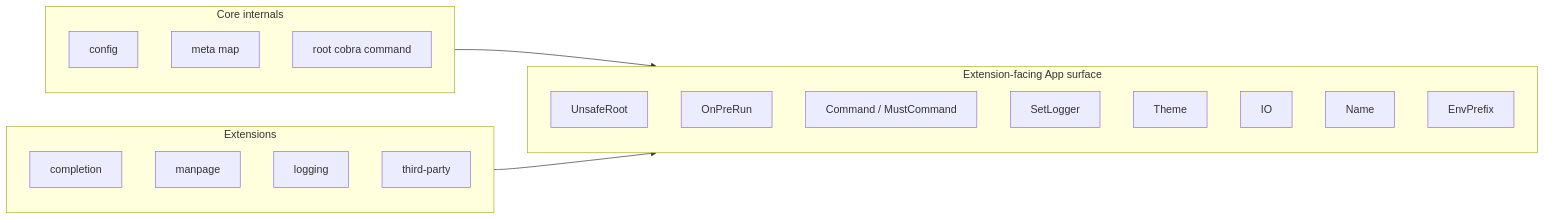
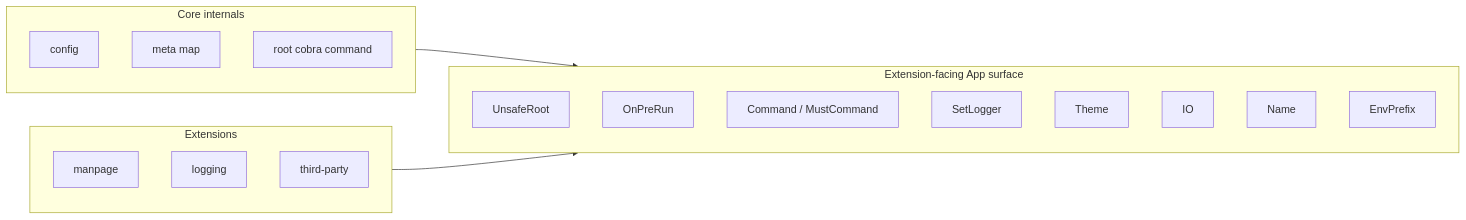
Before and after one commit to nabat-dev/nabat: the diagram in docs/architecture.md, drawn with Mermaid. The commit also changed other lines of this file and 11 other files, not shown here.

````diff
--- a/docs/architecture.md
+++ b/docs/architecture.md
@@ -111,26 +112,25 @@
 ```mermaid
 flowchart LR
     subgraph coreInternals [Core internals]
         cfg[config]
         metaMap[meta map]
         rootCmd[root cobra command]
     end
     subgraph appSurface [Extension-facing App surface]
         unsafeRoot[UnsafeRoot]
         onPreRun[OnPreRun]
         addCmd[Command / MustCommand]
         setLogger[SetLogger]
         themeAcc[Theme]
         ioAcc[IO]
         nameAcc[Name]
         envPrefixAcc[EnvPrefix]
     end
     subgraph extensions [Extensions]
-        completion
         manpage
         logging
         thirdParty[third-party]
     end
     coreInternals --> appSurface
     extensions --> appSurface
 ```
````
